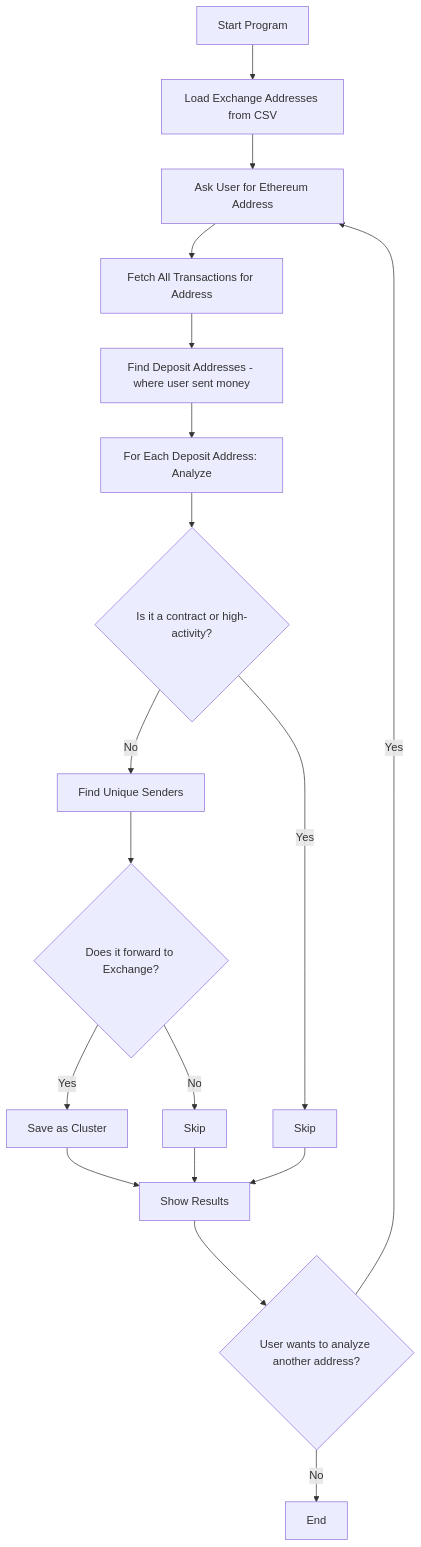
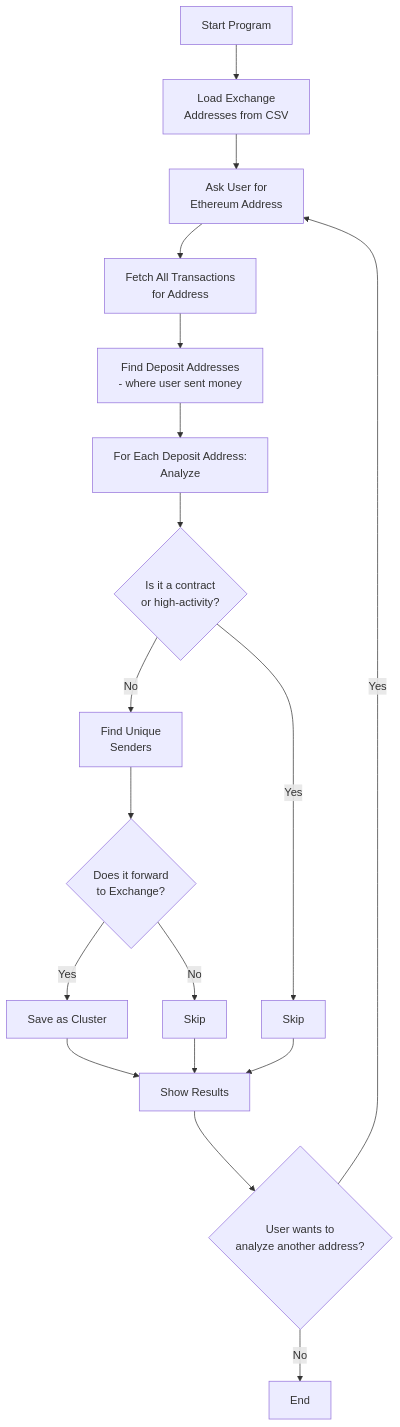
One commit to abdelrahman-aljabali/ethereum-deposit-clustering changed the diagram in README.md. Above: the diagram before and after it, drawn with Mermaid.

Commit message:
New ReadMe

````diff
--- a/README.md
+++ b/README.md
@@ -61,20 +61,20 @@
 ```mermaid
 graph TD;
-    A[Start Program] --> B[Load Exchange Addresses from CSV]
-    B --> C[Ask User for Ethereum Address]
-    C --> D[Fetch All Transactions for Address]
-    D --> E[Find Deposit Addresses - where user sent money]
-    E --> F[For Each Deposit Address: Analyze]
-    F --> G{Is it a contract or high-activity?}
+    A[Start Program] --> B[Load Exchange<br/>Addresses from CSV]
+    B --> C[Ask User for<br/>Ethereum Address]
+    C --> D[Fetch All Transactions<br/>for Address]
+    D --> E[Find Deposit Addresses<br/>- where user sent money]
+    E --> F[For Each Deposit Address:<br/>Analyze]
+    F --> G{Is it a contract<br/>or high-activity?}
     G -- Yes --> H[Skip]
-    G -- No --> I[Find Unique Senders]
-    I --> J{Does it forward to Exchange?}
+    G -- No --> I[Find Unique<br/>Senders]
+    I --> J{Does it forward<br/>to Exchange?}
     J -- Yes --> K[Save as Cluster]
     J -- No --> L[Skip]
     K --> M[Show Results]
     L --> M
     H --> M
-    M --> N{User wants to analyze another address?}
+    M --> N{User wants to<br/>analyze another address?}
     N -- Yes --> C
     N -- No --> O[End]
 ```
````
